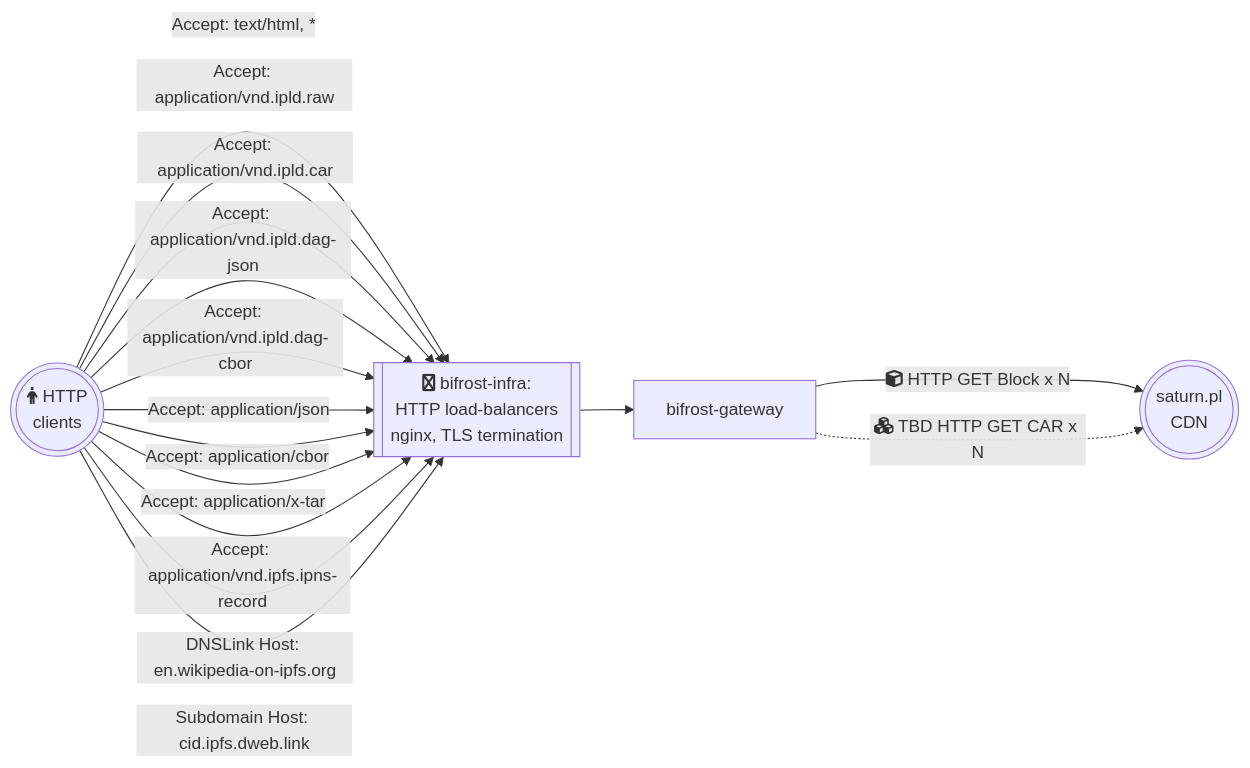
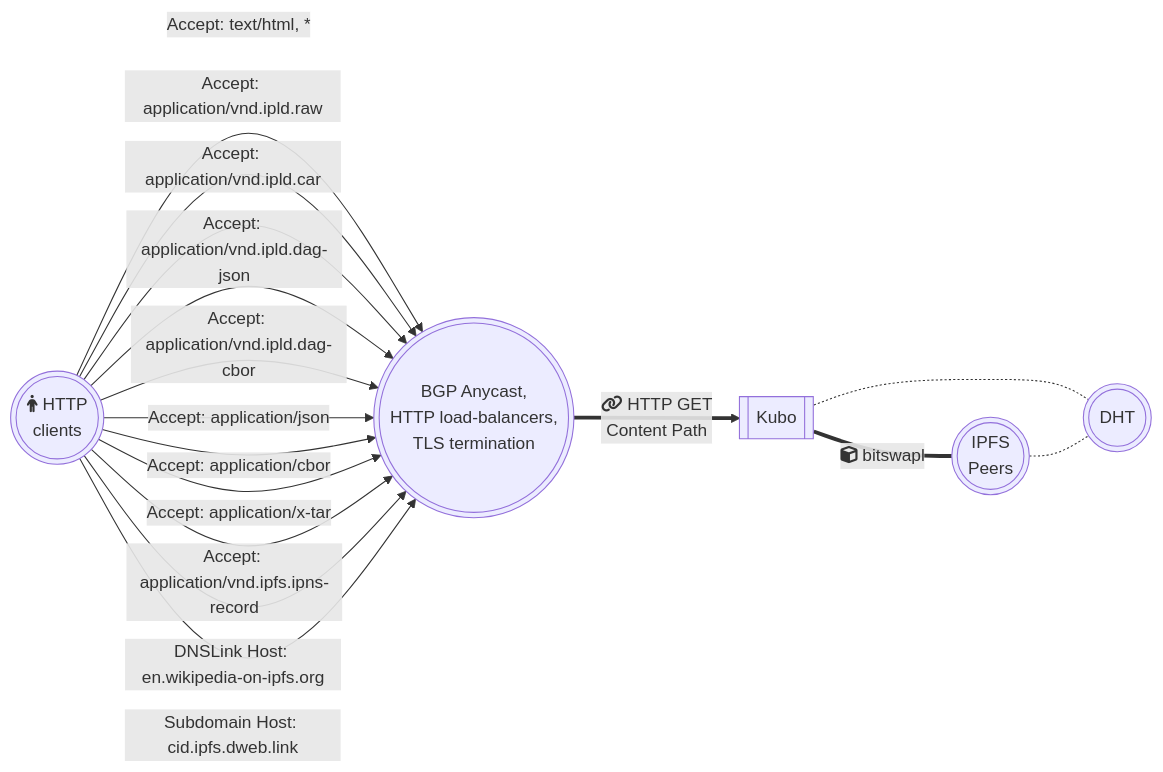
One commit to ipfs-inactive/bifrost-gateway changed the first of 3 diagrams in README.md. Above: the diagram before and after it, drawn with Mermaid. The commit also changed other lines of this file, not shown here.

Commit message:
docs: updated design diagrams (#96)

````diff
--- a/README.md
+++ b/README.md
@@ -108,25 +120,28 @@
 ```mermaid
 graph LR
     A(((fa:fa-person HTTP</br>clients)))
-    B[bifrost-gateway]
-    N[[fa:fa-hive bifrost-infra:<br>HTTP load-balancers<br> nginx, TLS termination]]
-    S(((saturn.pl<br>CDN)))
+    K[[Kubo]]
+    N(((BGP Anycast,<br>HTTP load-balancers,<br>TLS termination)))
 
+    D(((DHT)))
+
+    P((( IPFS<br>Peers)))
 
     A -->| Accept: text/html, *| N
     A -->| Accept: application/vnd.ipld.raw | N
     A -->| Accept: application/vnd.ipld.car | N
     A -->| Accept: application/vnd.ipld.dag-json | N
     A -->| Accept: application/vnd.ipld.dag-cbor | N
     A -->| Accept: application/json | N
     A -->| Accept: application/cbor | N
     A -->| Accept: application/x-tar | N
     A -->| Accept: application/vnd.ipfs.ipns-record | N
     A -->| DNSLink Host: en.wikipedia-on-ipfs.org | N
     A -->| Subdomain Host: cid.ipfs.dweb.link | N
 
-    N --> B
-    
-    B --->|fa:fa-cube HTTP GET Block x N | S
-    B ..->|fa:fa-cubes TBD HTTP GET CAR x N | S
+    N ==>| fa:fa-link HTTP GET <br> Content Path | K
+
+    K -.- D
+    K ===|fa:fa-cube bitswapl | P
+    P -.- D
 ```
````
